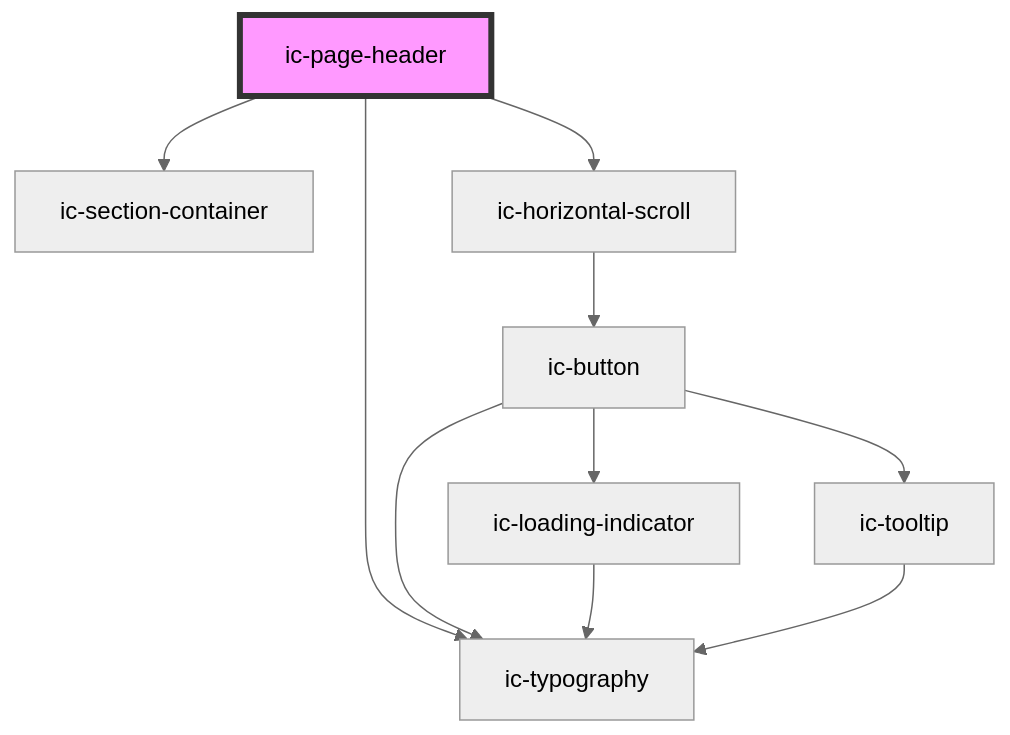
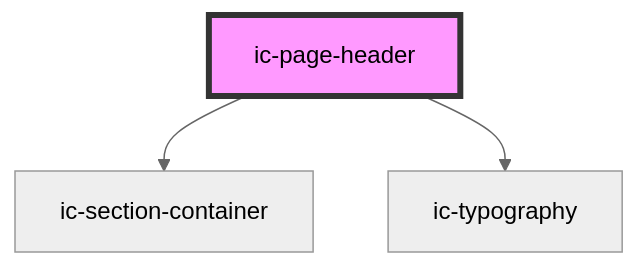
One commit to mi6/ic-ui-kit changed the diagram in packages/web-components/src/components/ic-page-header/readme.md. Above: the diagram before and after it, drawn with Mermaid (neutral theme). The commit also changed other lines of this file and 19 other files, not shown here.

````diff
--- a/packages/web-components/src/components/ic-page-header/readme.md
+++ b/packages/web-components/src/components/ic-page-header/readme.md
@@ -53,13 +52,6 @@
 ```mermaid
 graph TD;
   ic-page-header --> ic-section-container
   ic-page-header --> ic-typography
-  ic-page-header --> ic-horizontal-scroll
-  ic-horizontal-scroll --> ic-button
-  ic-button --> ic-typography
-  ic-button --> ic-loading-indicator
-  ic-button --> ic-tooltip
-  ic-loading-indicator --> ic-typography
-  ic-tooltip --> ic-typography
   style ic-page-header fill:#f9f,stroke:#333,stroke-width:4px
 ```
````
